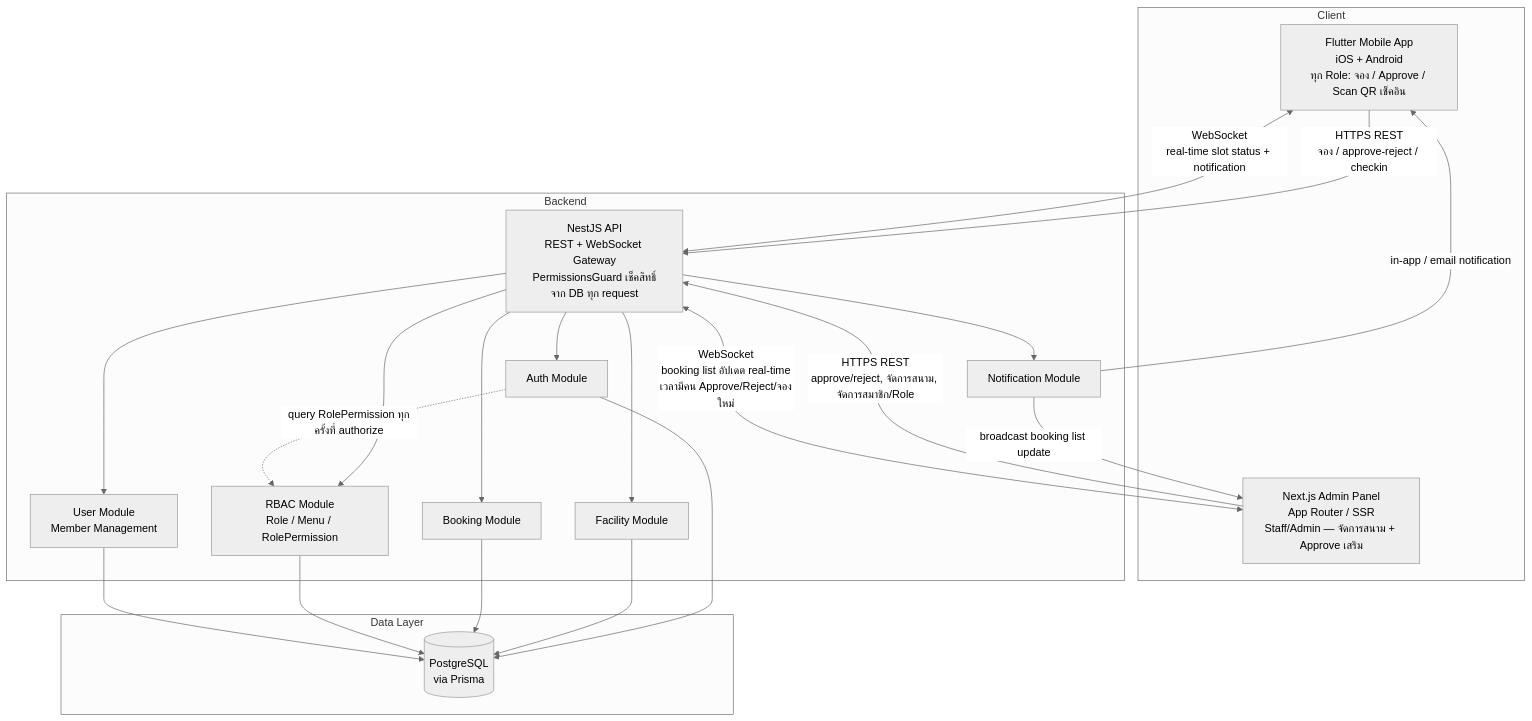
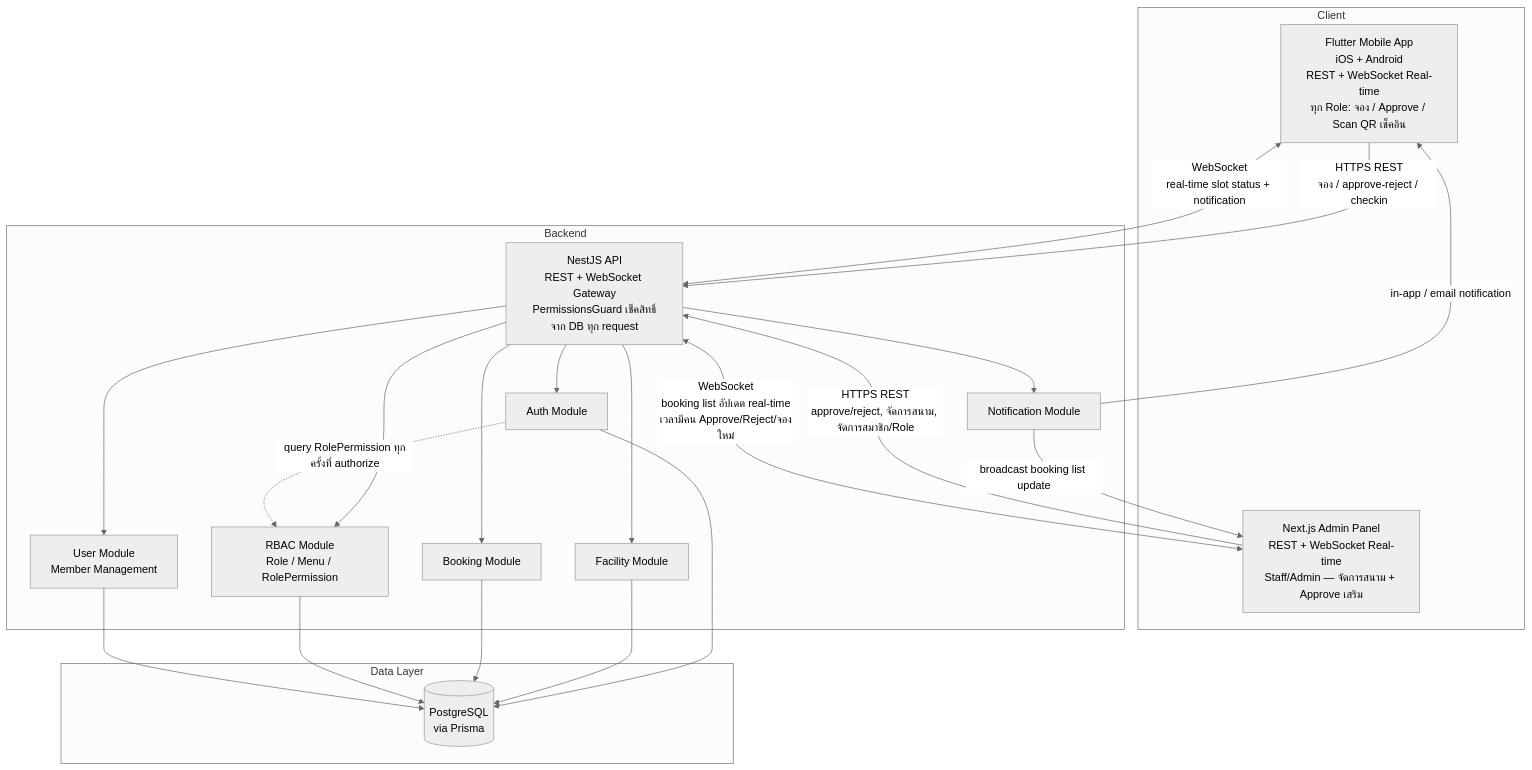
One commit to chonlapat323/UniPlay changed the first of 4 diagrams in plan.md. Above: the diagram before and after it, drawn with Mermaid (neutral theme). The commit also changed other lines of this file, not shown here.

Commit message:
Update plan: add dynamic RBAC, member management, admin panel realtime, fix roadmap ordering

````diff
--- a/plan.md
+++ b/plan.md
@@ -46,40 +46,40 @@
 ```mermaid
 graph TD
     subgraph Client
-        M[Flutter Mobile App<br/>iOS + Android<br/>ทุก Role: จอง / Approve / Scan QR เช็คอิน]
-        A[Next.js Admin Panel<br/>App Router / SSR<br/>Staff/Admin — จัดการสนาม + Approve เสริม]
+        M[Flutter Mobile App<br/>iOS + Android<br/>REST + WebSocket Real-time<br/>ทุก Role: จอง / Approve / Scan QR เช็คอิน]
+        A[Next.js Admin Panel<br/>REST + WebSocket Real-time<br/>Staff/Admin — จัดการสนาม + Approve เสริม]
     end
 
     subgraph Backend
         B[NestJS API<br/>REST + WebSocket Gateway<br/>PermissionsGuard เช็คสิทธิ์จาก DB ทุก request]
         B1[Auth Module]
         B2[Facility Module]
         B3[Booking Module]
         B4[Notification Module]
         B5[RBAC Module<br/>Role / Menu / RolePermission]
         B6[User Module<br/>Member Management]
     end
 
     subgraph Data Layer
         C[(PostgreSQL<br/>via Prisma)]
     end
 
     M -->|HTTPS REST<br/>จอง / approve-reject / checkin| B
     M <-->|WebSocket<br/>real-time slot status + notification| B
     A -->|HTTPS REST<br/>approve/reject, จัดการสนาม, จัดการสมาชิก/Role| B
     A <-->|WebSocket<br/>booking list อัปเดต real-time<br/>เวลามีคน Approve/Reject/จองใหม่| B
     B --> B1
     B --> B2
     B --> B3
     B --> B4
     B --> B5
     B --> B6
     B1 --> C
     B2 --> C
     B3 --> C
     B5 --> C
     B6 --> C
     B4 -->|in-app / email notification| M
     B4 -->|broadcast booking list update| A
     B1 -.->|query RolePermission ทุกครั้งที่ authorize| B5
 ```
````
